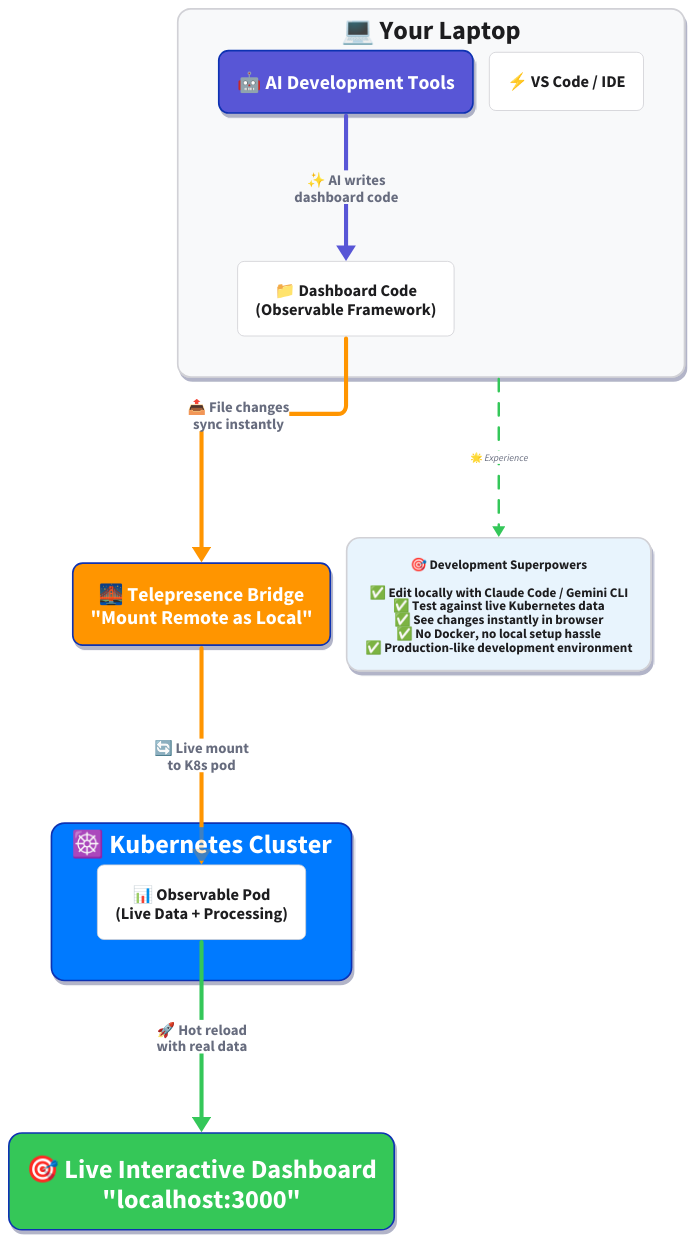
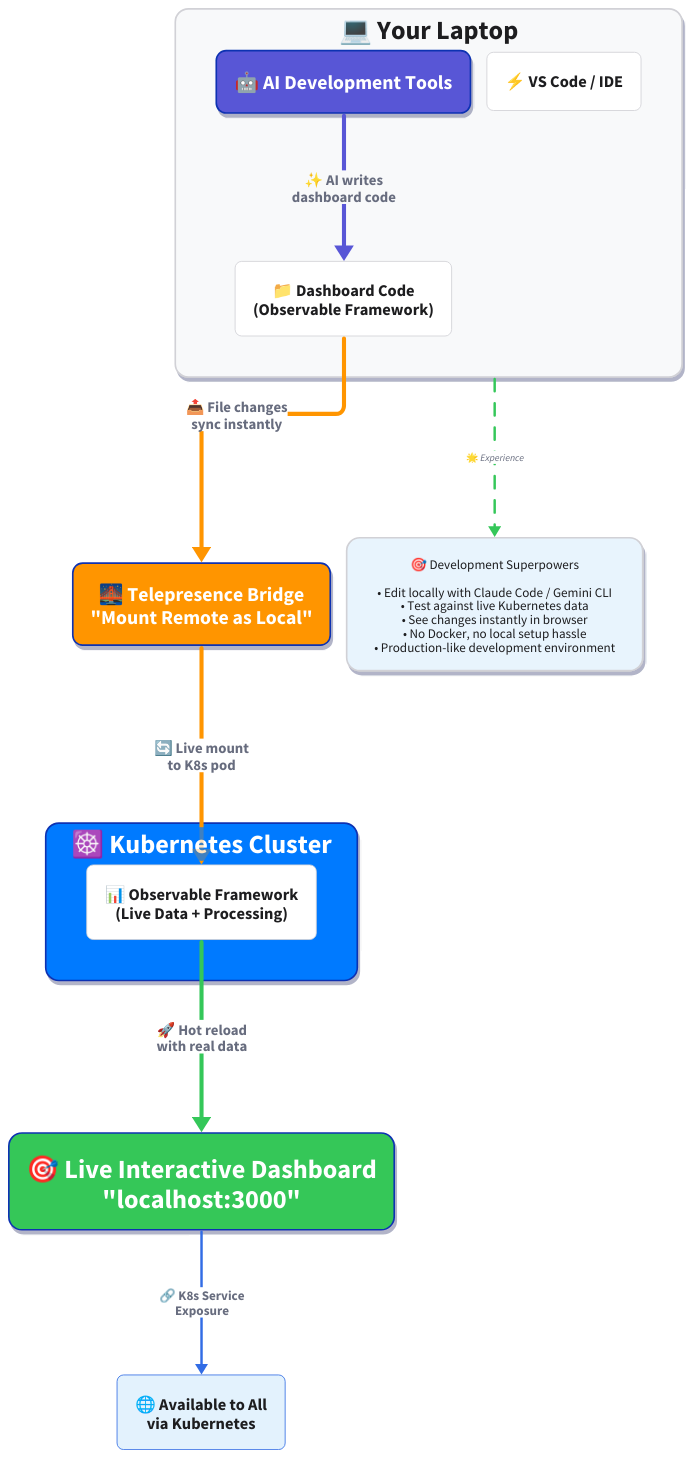
One commit to norandom/observability-k8s changed the diagram in mydocs/ai-development-workflow.d2. Above: the diagram before and after it, drawn with D2. The commit also changed 21 other files, not shown here.

First line of the commit message:
Redesign D2 diagrams with keynote-style left-to-right flow layout

```diff
--- a/mydocs/ai-development-workflow.d2
+++ b/mydocs/ai-development-workflow.d2
@@ -1,153 +1,170 @@
 # AI-Powered Dashboard Development Workflow
 # Clean, readable architecture for Observable Framework + Telepresence + AI tools
 
 direction: down
 
 # Optimized layout for laptop screens - more spacing for readability
 vars: {
   d2-config: {
     layout-engine: elk
   }
 }
 
 # Apple Keynote inspired styling - clean and minimal
 classes: {
   laptop: {
     style.fill: "#F8F9FA"
     style.font-color: "#1D1D1F" 
     style.border-radius: 16
     style.font-size: 32
     style.bold: true
     style.stroke: "#D1D1D6"
     style.stroke-width: 2
     style.shadow: true
   }
   ai: {
     style.fill: "#5856D6"
     style.font-color: "#FFFFFF"
     style.border-radius: 12
     style.font-size: 24
     style.bold: true
     style.shadow: true
   }
   bridge: {
     style.fill: "#FF9500"
     style.font-color: "#FFFFFF" 
     style.border-radius: 12
     style.font-size: 24
     style.bold: true
     style.shadow: true
   }
   cluster: {
     style.fill: "#007AFF"
     style.font-color: "#FFFFFF"
     style.border-radius: 16
     style.font-size: 32
     style.bold: true
     style.shadow: true
   }
   dashboard: {
     style.fill: "#34C759"
     style.font-color: "#FFFFFF"
     style.border-radius: 16
     style.font-size: 32
     style.bold: true
     style.shadow: true
   }
   tool: {
     style.fill: "#FFFFFF"
     style.font-color: "#1D1D1F"
     style.border-radius: 8
     style.font-size: 20
     style.stroke: "#D1D1D6"
     style.stroke-width: 1
   }
 }
 
 # 💻 Your Development Environment
 laptop_env: {
   label: "💻 Your Laptop"
   class: laptop
 
   ai_tools: {
     label: "🤖 AI Development Tools"
     class: ai
   }
   
   local_files: {
     label: "📁 Dashboard Code\n(Observable Framework)"
     class: tool
   }
   
   vs_code: {
     label: "⚡ VS Code / IDE"
     class: tool
   }
 }
 
 # 🌉 Telepresence Bridge (The Magic)
 telepresence: {
   label: "🌉 Telepresence Bridge\n\"Mount Remote as Local\""
   class: bridge
 }
 
 # ☸️ Kubernetes Cluster (Production-like)
 k8s_cluster: {
   label: "☸️ Kubernetes Cluster"
   class: cluster
   
   observable_pod: {
-    label: "📊 Observable Pod\n(Live Data + Processing)"
+    label: "📊 Observable Framework\n(Live Data + Processing)"
     class: tool
   }
 }
 
 # 🎯 Live Dashboard
 live_dashboard: {
   label: "🎯 Live Interactive Dashboard\n\"localhost:3000\""
   class: dashboard
+}
+
+# Dashboard Availability
+dashboard_access: {
+  label: "🌐 Available to All\nvia Kubernetes"
+  class: tool
+  style.fill: "#E3F2FD"
+  style.stroke: "#326CE5"
+  style.font-color: "#1D1D1F"
 }
 
 # ⚡ The Magic Development Flow
 laptop_env.ai_tools -> laptop_env.local_files: "✨ AI writes\ndashboard code" {
   style.stroke: "#5856D6"
   style.stroke-width: 5
   style.font-size: 18
   style.bold: true
 }
 
 laptop_env.local_files -> telepresence: "📤 File changes\nsync instantly" {
   style.stroke: "#FF9500"
   style.stroke-width: 5
   style.font-size: 18
   style.bold: true
 }
 
 telepresence -> k8s_cluster.observable_pod: "🔄 Live mount\nto K8s pod" {
   style.stroke: "#FF9500"
   style.stroke-width: 5
   style.font-size: 18
   style.bold: true
 }
 
 k8s_cluster.observable_pod -> live_dashboard: "🚀 Hot reload\nwith real data" {
   style.stroke: "#34C759"
   style.stroke-width: 5
   style.font-size: 18
   style.bold: true
 }
 
+live_dashboard -> dashboard_access: "🔗 K8s Service\nExposure" {
+  style.stroke: "#326CE5"
+  style.stroke-width: 3
+  style.font-size: 16
+  style.bold: true
+}
+
 # 🎯 The Result
 result_box: {
-  label: "🎯 Development Superpowers\n\n✅ Edit locally with Claude Code / Gemini CLI\n✅ Test against live Kubernetes data\n✅ See changes instantly in browser\n✅ No Docker, no local setup hassle\n✅ Production-like development environment"
+  label: "🎯 Development Superpowers\n\n• Edit locally with Claude Code / Gemini CLI\n• Test against live Kubernetes data\n• See changes instantly in browser\n• No Docker, no local setup hassle\n• Production-like development environment"
   class: laptop
   style.fill: "#E8F4FD"
   style.font-size: 16
+  style.bold: false
 }
 
 laptop_env -> result_box: "🌟 Experience" {
   style.stroke: "#34C759"
   style.stroke-width: 3
   style.font-size: 12
   style.stroke-dash: 5
 }
```
